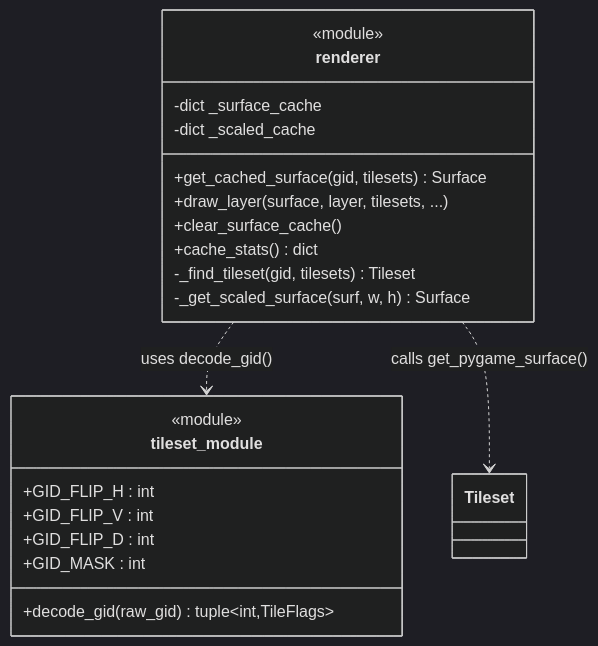
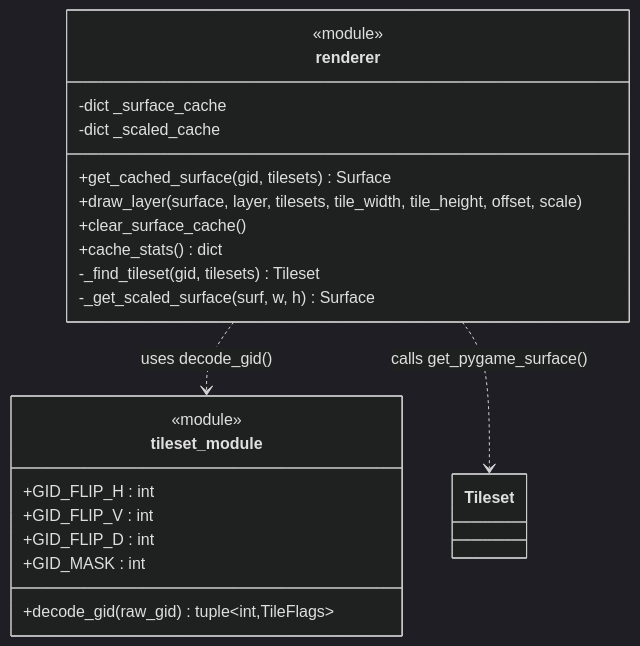
One commit to Aouei/tiledpy changed the second of 4 diagrams in docs/architecture.md. Above: the diagram before and after it, drawn with Mermaid (dark theme). The commit also changed other lines of this file and 2 other files, not shown here.

````diff
--- a/docs/architecture.md
+++ b/docs/architecture.md
@@ -135,26 +157,26 @@
 ```mermaid
 classDiagram
     class renderer {
         <<module>>
         -dict _surface_cache
         -dict _scaled_cache
         +get_cached_surface(gid, tilesets) Surface
-        +draw_layer(surface, layer, tilesets, ...)
+        +draw_layer(surface, layer, tilesets, tile_width, tile_height, offset, scale)
         +clear_surface_cache()
         +cache_stats() dict
         -_find_tileset(gid, tilesets) Tileset
         -_get_scaled_surface(surf, w, h) Surface
     }
 
     class tileset_module {
         <<module>>
         +GID_FLIP_H : int
         +GID_FLIP_V : int
         +GID_FLIP_D : int
         +GID_MASK : int
         +decode_gid(raw_gid) tuple~int,TileFlags~
     }
 
     renderer ..> tileset_module : uses decode_gid()
     renderer ..> Tileset : calls get_pygame_surface()
 ```
````
